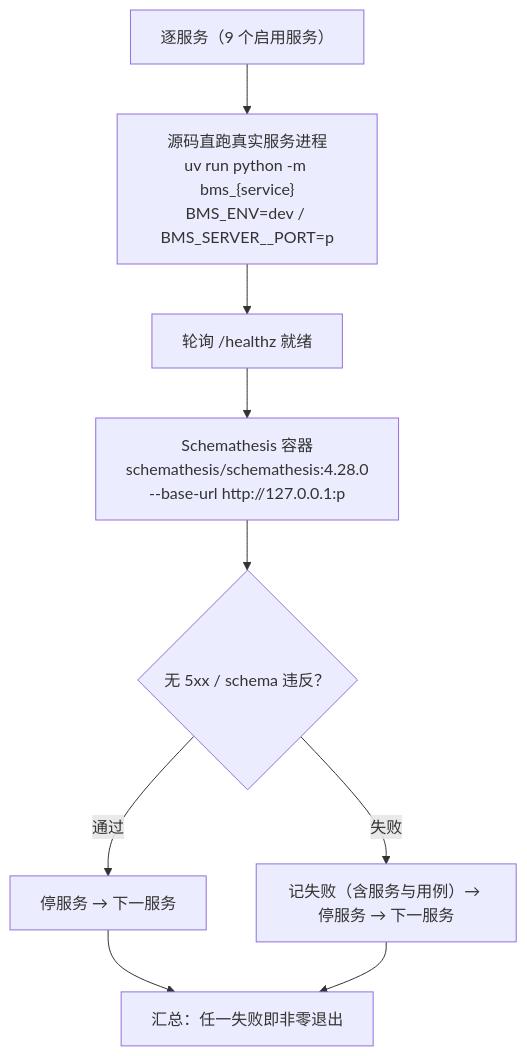
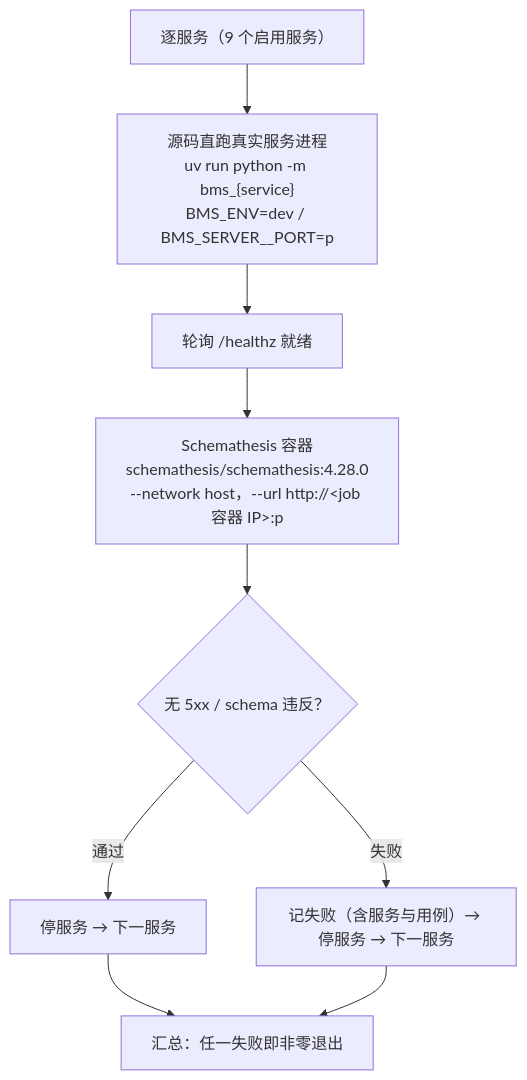
Before and after one commit to minjian123/basic-management-system: the second of 4 diagrams in bms文档/项目/02_后端基座与服务化地基/任务/09_多服务CI-CD与契约门禁/09_多服务CI-CD与契约门禁_03_契约门禁/设计/01_详细设计_03_契约门禁.md, drawn with Mermaid. The commit also changed other lines of this file and 3 other files, not shown here.

Commit message:
docs(09_03): 偏差回写（Schemathesis 网络方式 host+容器 IP）+ 实施/测试记录与部署说明同步

````diff
--- a/bms文档/项目/02_后端基座与服务化地基/任务/09_多服务CI-CD与契约门禁/09_多服务CI-CD与契约门禁_03_契约门禁/设计/01_详细设计_03_契约门禁.md
+++ b/bms文档/项目/02_后端基座与服务化地基/任务/09_多服务CI-CD与契约门禁/09_多服务CI-CD与契约门禁_03_契约门禁/设计/01_详细设计_03_契约门禁.md
@@ -107,11 +107,11 @@
 ```mermaid
 flowchart TD
     A["逐服务（9 个启用服务）"] --> B["源码直跑真实服务进程<br/>uv run python -m bms_{service}<br/>BMS_ENV=dev / BMS_SERVER__PORT=p"]
     B --> C["轮询 /healthz 就绪"]
-    C --> D["Schemathesis 容器<br/>schemathesis/schemathesis:4.28.0<br/>--base-url http://127.0.0.1:p"]
+    C --> D["Schemathesis 容器<br/>schemathesis/schemathesis:4.28.0<br/>--network host，--url http://&lt;job 容器 IP&gt;:p"]
     D --> E{"无 5xx / schema 违反？"}
     E -->|通过| F["停服务 → 下一服务"]
     E -->|失败| G["记失败（含服务与用例）→ 停服务 → 下一服务"]
     F --> H["汇总：任一失败即非零退出"]
     G --> H
 ```
````
